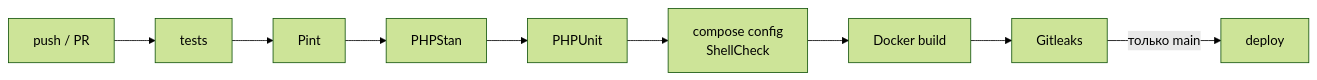
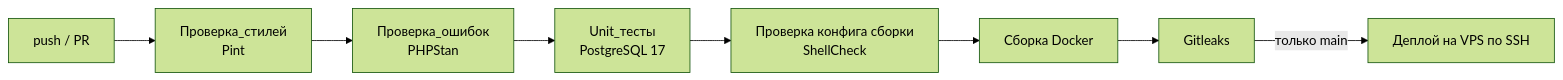
Before and after one commit to byterID/Silver-Udochki: the second of 2 diagrams in README.md, drawn with Mermaid (forest theme). The commit also changed other lines of this file and 6 other files, not shown here.

````diff
--- a/README.md
+++ b/README.md
@@ -322,6 +104,5 @@
 ```mermaid
 flowchart LR
-    P[push / PR] --> T[tests]
-    T --> T1[Pint] --> T2[PHPStan] --> T3[PHPUnit] --> T4[compose config<br/>ShellCheck] --> T5[Docker build] --> T6[Gitleaks]
-    T6 -->|только main| D[deploy]
+    P[push / PR] --> L[Проверка_стилей<br/>Pint] --> S[Проверка_ошибок<br/>PHPStan] --> T[Unit_тесты<br/>PostgreSQL 17] --> C[Проверка конфига сборки<br/>ShellCheck] --> B[Сборка Docker] --> G[Gitleaks]
+    G -->|только main| D[Деплой на VPS по SSH]
 ```
````
